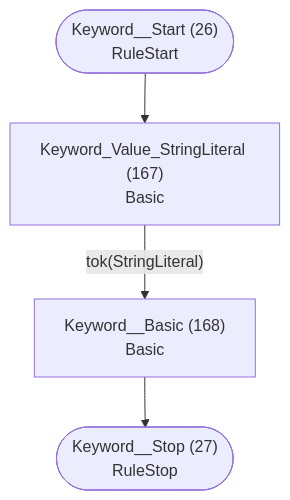
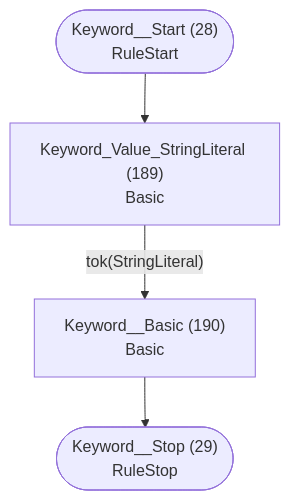
One commit to TypeFox/fastbelt changed diagram 15 of 26 in internal/grammar/atn.md. Above: the diagram before and after it, drawn with Mermaid. The commit also changed other lines of this file and 51 other files, not shown here.

````diff
--- a/internal/grammar/atn.md
+++ b/internal/grammar/atn.md
@@ -395,11 +449,11 @@
 ```mermaid
 flowchart TD
-    q26(["Keyword__Start (26)<br/>RuleStart"])
-    q27(["Keyword__Stop (27)<br/>RuleStop"])
-    q167["Keyword_Value_StringLiteral (167)<br/>Basic<br/>"]
-    q168["Keyword__Basic (168)<br/>Basic<br/>"]
+    q28(["Keyword__Start (28)<br/>RuleStart"])
+    q29(["Keyword__Stop (29)<br/>RuleStop"])
+    q189["Keyword_Value_StringLiteral (189)<br/>Basic<br/>"]
+    q190["Keyword__Basic (190)<br/>Basic<br/>"]
 
-    q26 --> q167
-    q167 -->|"tok(StringLiteral)"| q168
-    q168 --> q27
+    q28 --> q189
+    q189 -->|"tok(StringLiteral)"| q190
+    q190 --> q29
 ```
````
